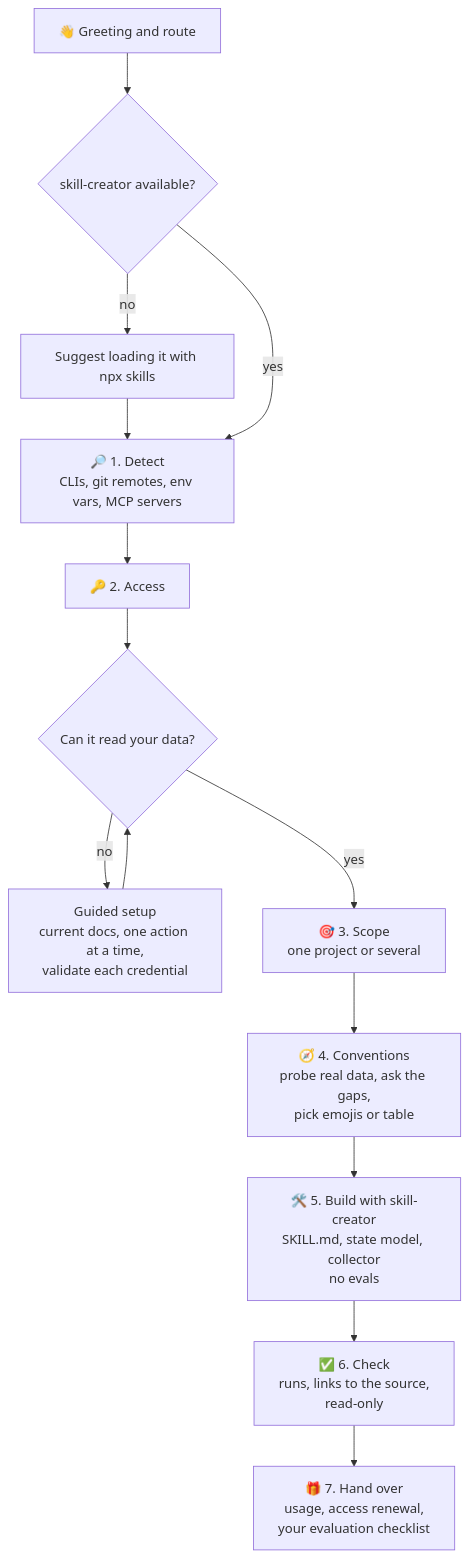
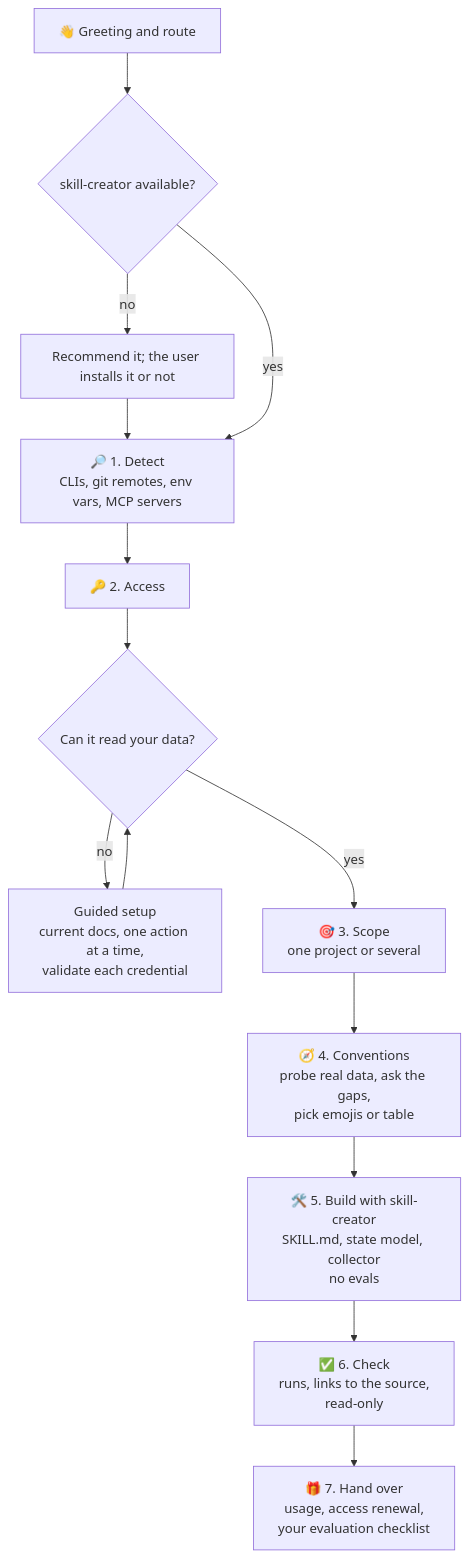
Before and after one commit to webreactiva/whats-next-builder: the diagram in README.md, drawn with Mermaid. The commit also changed 2 other files, not shown here.

Commit message:
fix(builder): recommend skill-creator instead of installing it
The wizard no longer runs npx skills to pull and load skill-creator at
runtime. It detects the skill, shows the official install command for the
user to run themselves, and continues without it if they decline.

Removes the transitive trust and supply-chain exposure flagged as W012 by
the skill security report.

````diff
--- a/README.md
+++ b/README.md
@@ -101,16 +101,16 @@
 ```mermaid
 flowchart TD
     A["👋 Greeting and route"] --> B{"skill-creator available?"}
-    B -->|no| B1["Suggest loading it with npx skills"]
+    B -->|no| B1["Recommend it; the user installs it or not"]
     B1 --> C
     B -->|yes| C["🔎 1. Detect<br/>CLIs, git remotes, env vars, MCP servers"]
     C --> D["🔑 2. Access"]
     D --> D1{"Can it read your data?"}
     D1 -->|no| D2["Guided setup<br/>current docs, one action at a time,<br/>validate each credential"]
     D2 --> D1
     D1 -->|yes| E["🎯 3. Scope<br/>one project or several"]
     E --> F["🧭 4. Conventions<br/>probe real data, ask the gaps,<br/>pick emojis or table"]
     F --> G["🛠️ 5. Build with skill-creator<br/>SKILL.md, state model, collector<br/>no evals"]
     G --> H["✅ 6. Check<br/>runs, links to the source,<br/>read-only"]
     H --> I["🎁 7. Hand over<br/>usage, access renewal,<br/>your evaluation checklist"]
 ```
````
